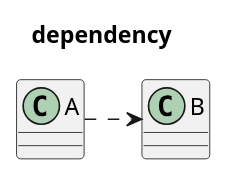
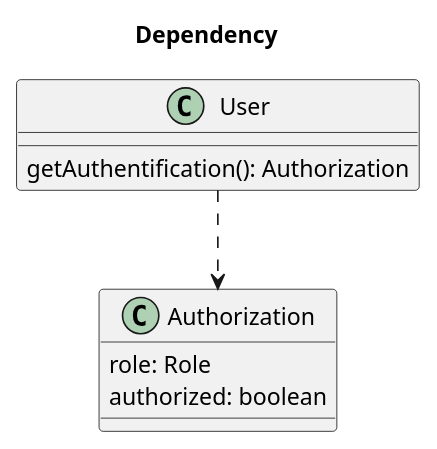
One commit to okhj159/OKLEETechOrganizer changed the third of 6 diagrams in cs/softwareEngineering/uml/class.puml. Above: the diagram before and after it, drawn with PlantUML. The commit also changed other lines of this file and 5 other files, not shown here.

Commit message:
[docs] class diagram 작성

```diff
--- a/cs/softwareEngineering/uml/class.puml
+++ b/cs/softwareEngineering/uml/class.puml
@@ -37,15 +49,18 @@
 @startuml
 
-title dependency
+title Dependency
 
 '함수의 parameter, return, method 변수로 사용하는 경우
 
-class A {
+class User {
+    getAuthentification(): Authorization
 }
 
-class B {
+class Authorization {
+    role: Role
+    authorized: boolean
 }
 
-A .right.> B
+User ..> Authorization
 
 @enduml
```
